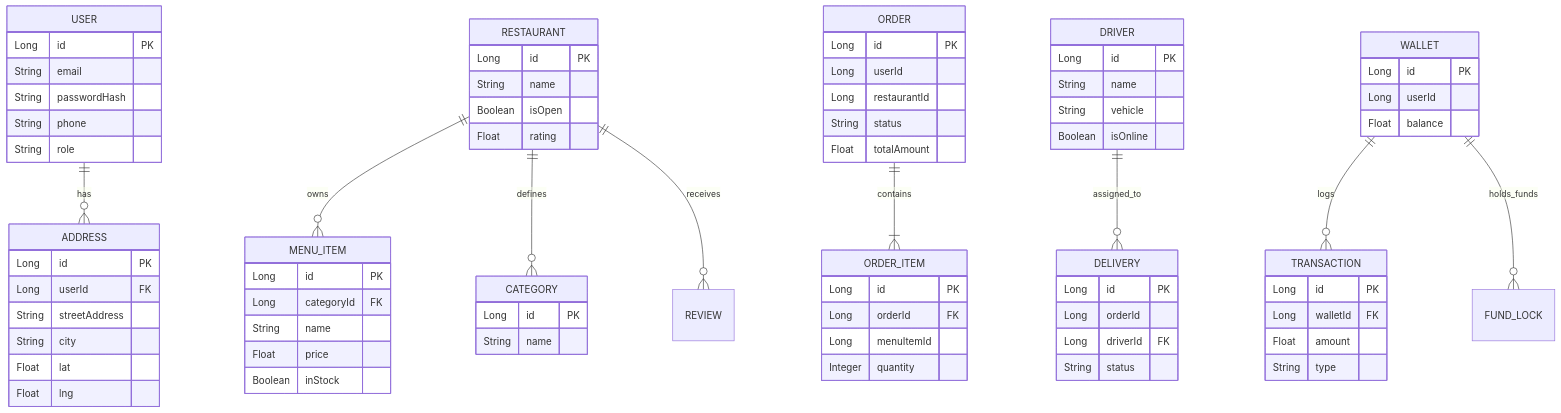
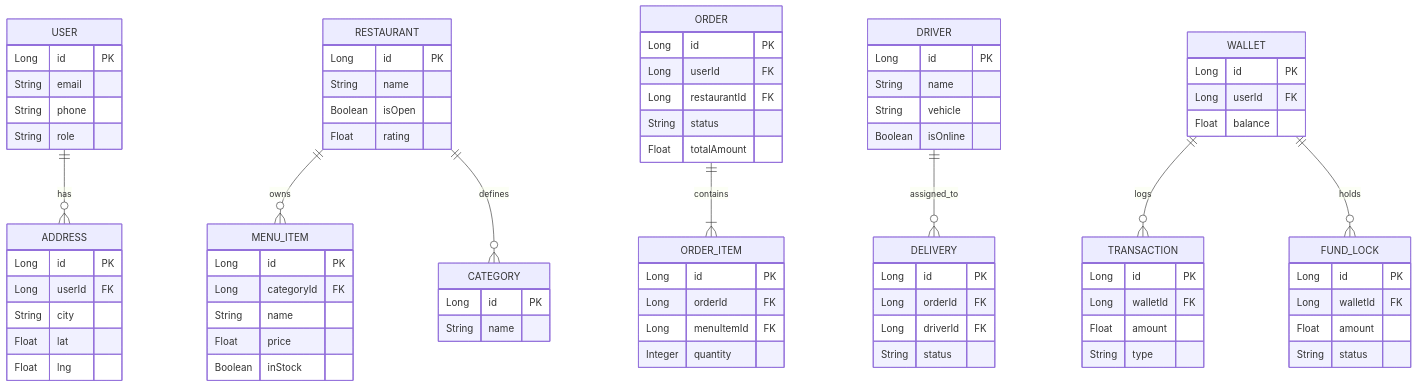
One commit to shivam123450/foodRush changed the second of 4 diagrams in README.md. Above: the diagram before and after it, drawn with Mermaid. The commit also changed other lines of this file, not shown here.

````diff
--- a/README.md
+++ b/README.md
@@ -78,27 +116,22 @@
 ```mermaid
 erDiagram
-    %% User Service
-    USER ||--o{ ADDRESS : "has"
+    USER ||--o{ ADDRESS : has
     USER {
         Long id PK
         String email
-        String passwordHash
         String phone
         String role
     }
     ADDRESS {
         Long id PK
         Long userId FK
-        String streetAddress
         String city
         Float lat
         Float lng
     }
 
-    %% Restaurant Service
-    RESTAURANT ||--o{ MENU_ITEM : "owns"
-    RESTAURANT ||--o{ CATEGORY : "defines"
-    RESTAURANT ||--o{ REVIEW : "receives"
+    RESTAURANT ||--o{ MENU_ITEM : owns
+    RESTAURANT ||--o{ CATEGORY : defines
     RESTAURANT {
         Long id PK
         String name
@@ -117,24 +150,22 @@
         Boolean inStock
     }
 
-    %% Order Service (Uses RESTAURANT ID from above indirectly)
-    ORDER ||--|{ ORDER_ITEM : "contains"
+    ORDER ||--|{ ORDER_ITEM : contains
     ORDER {
         Long id PK
-        Long userId
-        Long restaurantId
+        Long userId FK
+        Long restaurantId FK
         String status
         Float totalAmount
     }
     ORDER_ITEM {
         Long id PK
         Long orderId FK
-        Long menuItemId
+        Long menuItemId FK
         Integer quantity
     }
 
-    %% Delivery Service
-    DRIVER ||--o{ DELIVERY : "assigned_to"
+    DRIVER ||--o{ DELIVERY : assigned_to
     DRIVER {
         Long id PK
         String name
@@ -143,17 +174,16 @@
     }
     DELIVERY {
         Long id PK
-        Long orderId
+        Long orderId FK
         Long driverId FK
         String status
     }
 
-    %% Payment Service
-    WALLET ||--o{ TRANSACTION : "logs"
-    WALLET ||--o{ FUND_LOCK : "holds_funds"
+    WALLET ||--o{ TRANSACTION : logs
+    WALLET ||--o{ FUND_LOCK : holds
     WALLET {
         Long id PK
-        Long userId
+        Long userId FK
         Float balance
     }
     TRANSACTION {
@@ -162,4 +192,10 @@
         Float amount
         String type
     }
+    FUND_LOCK {
+        Long id PK
+        Long walletId FK
+        Float amount
+        String status
+    }
 ```
````
